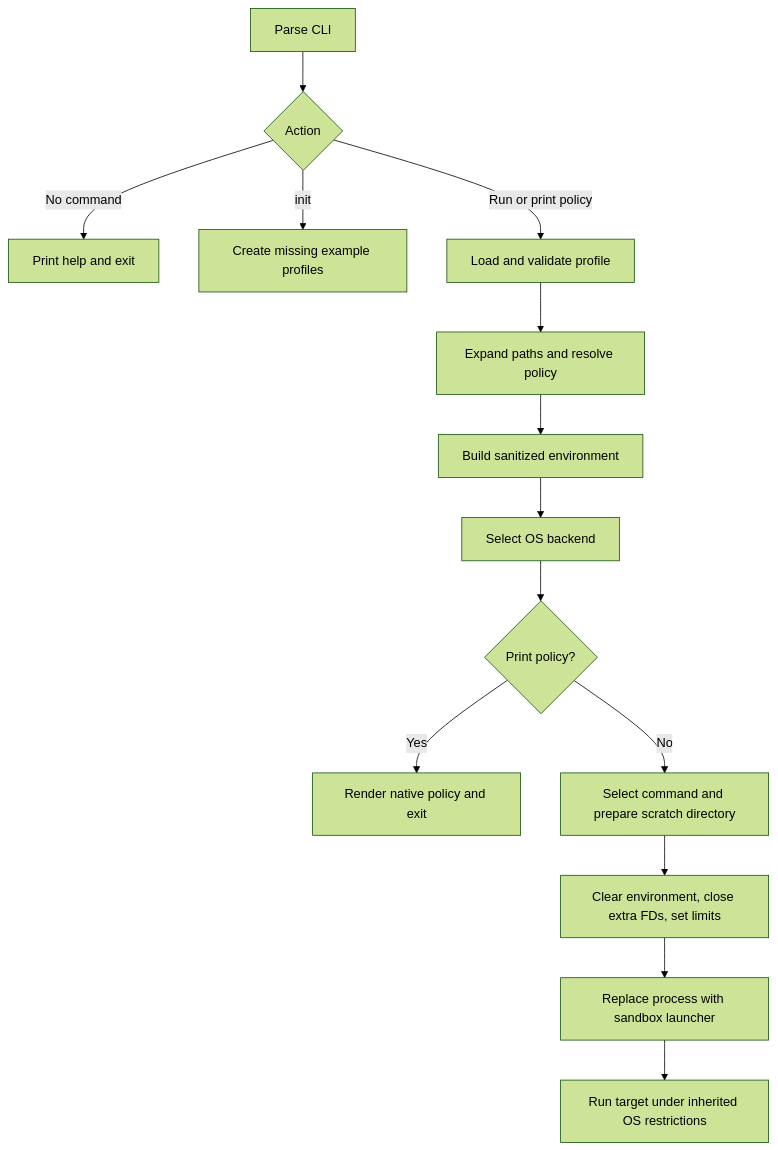
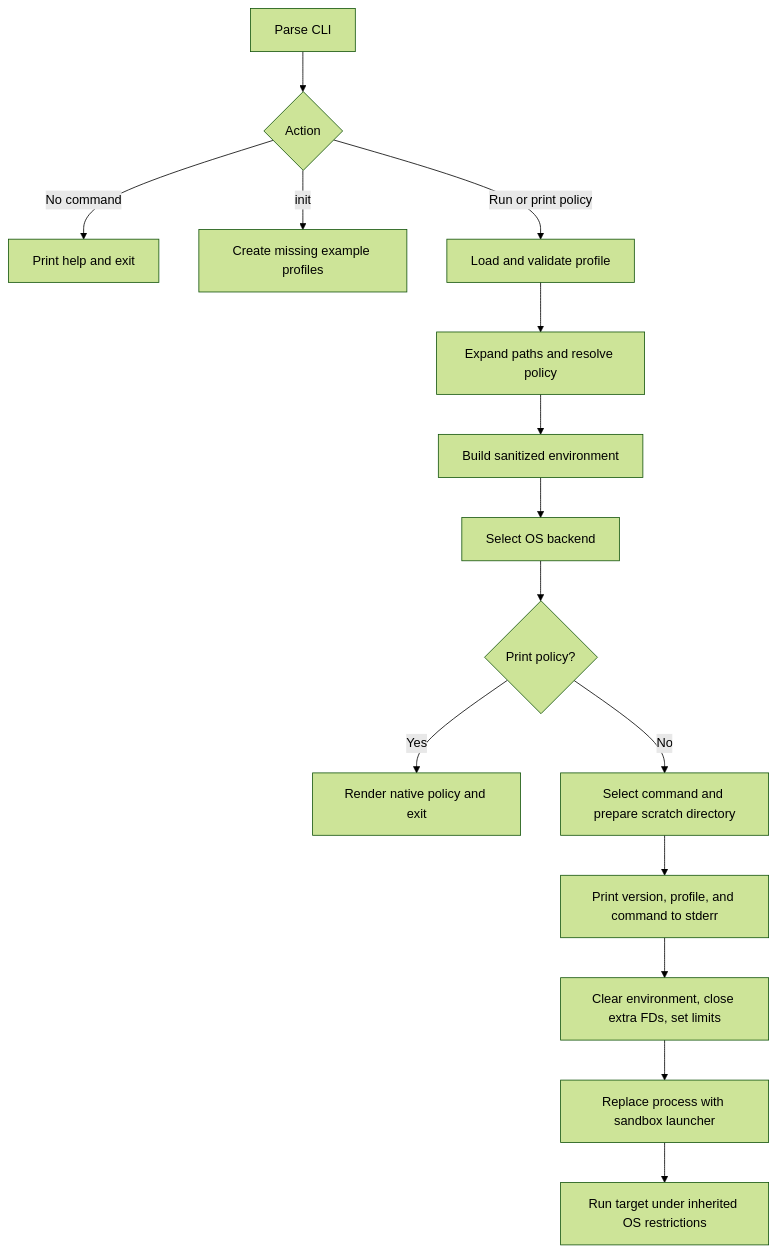
One commit to 0xfe/lilbox changed the diagram in docs/design.md. Above: the diagram before and after it, drawn with Mermaid (forest theme). The commit also changed other lines of this file and 5 other files, not shown here.

Commit message:
Show version in help and display launch summary

````diff
--- a/docs/design.md
+++ b/docs/design.md
@@ -55,16 +55,17 @@
 ```mermaid
 flowchart TD
     CLI[Parse CLI] --> Action{Action}
     Action -->|No command| Help[Print help and exit]
     Action -->|init| Init[Create missing example profiles]
     Action -->|Run or print policy| Config[Load and validate profile]
     Config --> Policy[Expand paths and resolve policy]
     Policy --> Env[Build sanitized environment]
     Env --> Backend[Select OS backend]
     Backend --> Inspect{Print policy?}
     Inspect -->|Yes| Print[Render native policy and exit]
     Inspect -->|No| Prepare[Select command and prepare scratch directory]
-    Prepare --> Harden[Clear environment, close extra FDs, set limits]
+    Prepare --> Summary[Print version, profile, and command to stderr]
+    Summary --> Harden[Clear environment, close extra FDs, set limits]
     Harden --> Exec[Replace process with sandbox launcher]
     Exec --> Child[Run target under inherited OS restrictions]
 ```
````
